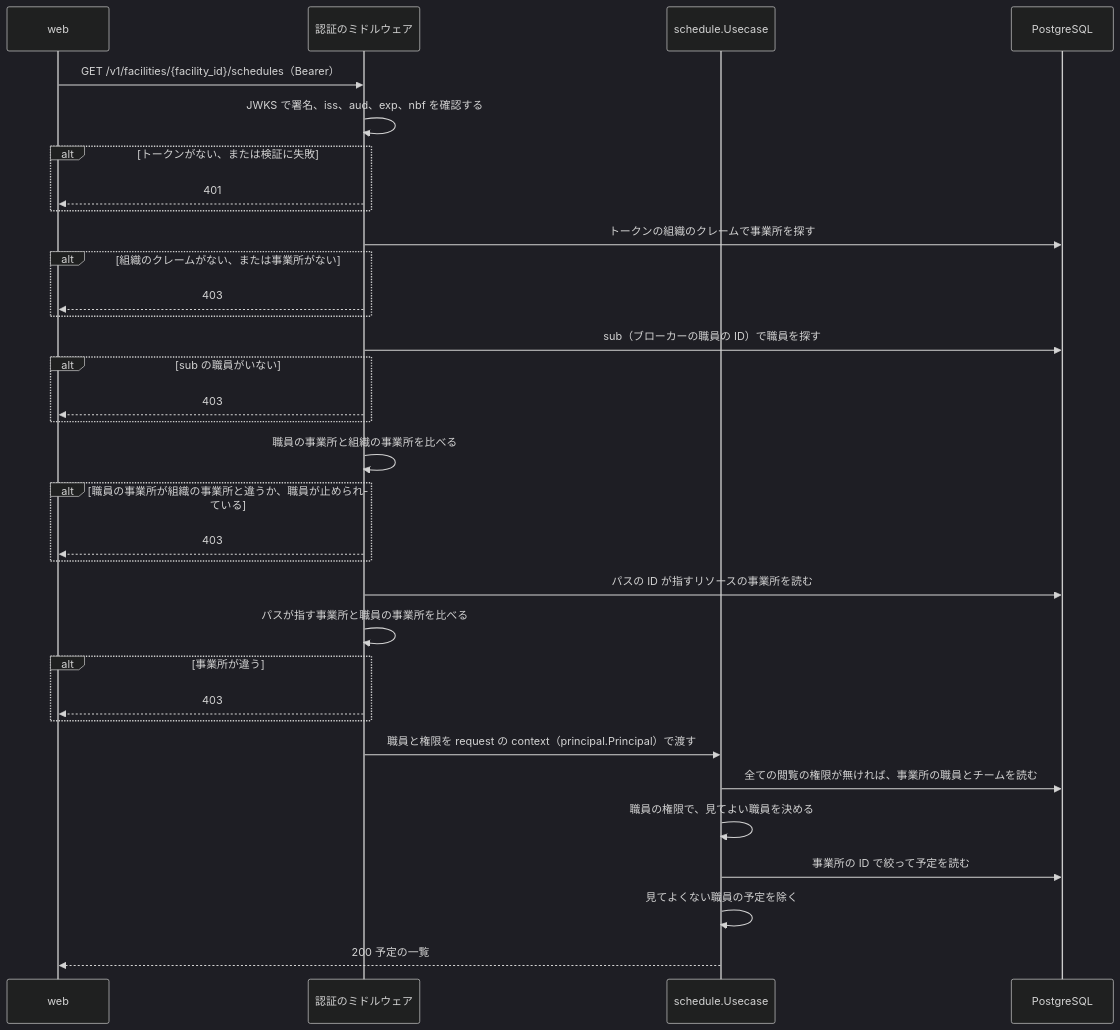
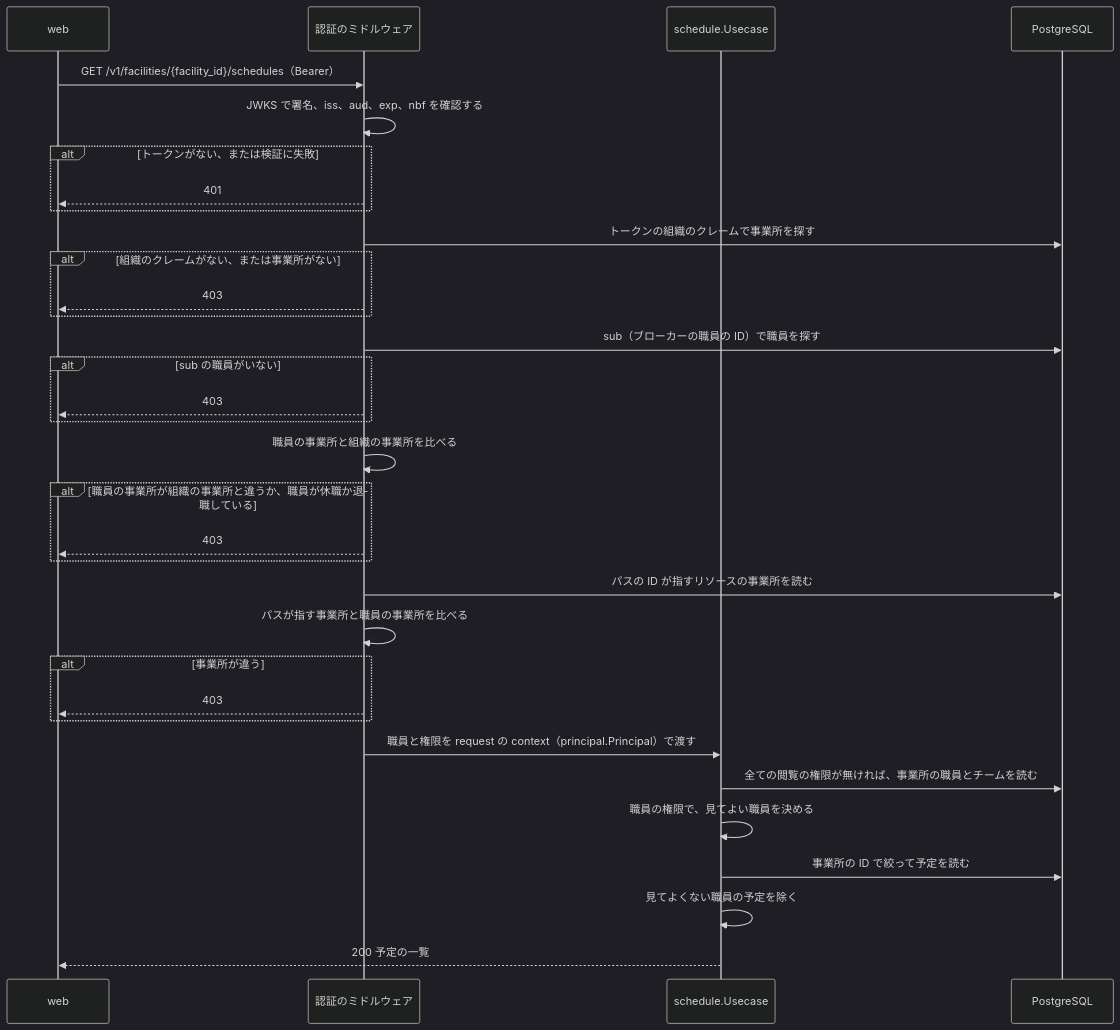
Before and after one commit to Fukuemon/buddy: the second of 6 diagrams in services/schedule/DesignDoc.md, drawn with Mermaid (dark theme). The commit also changed other lines of this file and 16 other files, not shown here.

````diff
--- a/services/schedule/DesignDoc.md
+++ b/services/schedule/DesignDoc.md
@@ -177,36 +177,36 @@
 ```mermaid
 sequenceDiagram
   participant W as web
   participant M as 認証のミドルウェア
   participant U as schedule.Usecase
   participant DB as PostgreSQL
 
   W->>M: GET /v1/facilities/{facility_id}/schedules（Bearer）
   M->>M: JWKS で署名、iss、aud、exp、nbf を確認する
   alt トークンがない、または検証に失敗
     M-->>W: 401
   end
   M->>DB: トークンの組織のクレームで事業所を探す
   alt 組織のクレームがない、または事業所がない
     M-->>W: 403
   end
   M->>DB: sub（ブローカーの職員の ID）で職員を探す
   alt sub の職員がいない
     M-->>W: 403
   end
   M->>M: 職員の事業所と組織の事業所を比べる
-  alt 職員の事業所が組織の事業所と違うか、職員が止められている
+  alt 職員の事業所が組織の事業所と違うか、職員が休職か退職している
     M-->>W: 403
   end
   M->>DB: パスの ID が指すリソースの事業所を読む
   M->>M: パスが指す事業所と職員の事業所を比べる
   alt 事業所が違う
     M-->>W: 403
   end
   M->>U: 職員と権限を request の context（principal.Principal）で渡す
   U->>DB: 全ての閲覧の権限が無ければ、事業所の職員とチームを読む
   U->>U: 職員の権限で、見てよい職員を決める
   U->>DB: 事業所の ID で絞って予定を読む
   U->>U: 見てよくない職員の予定を除く
   U-->>W: 200 予定の一覧
 ```
````
